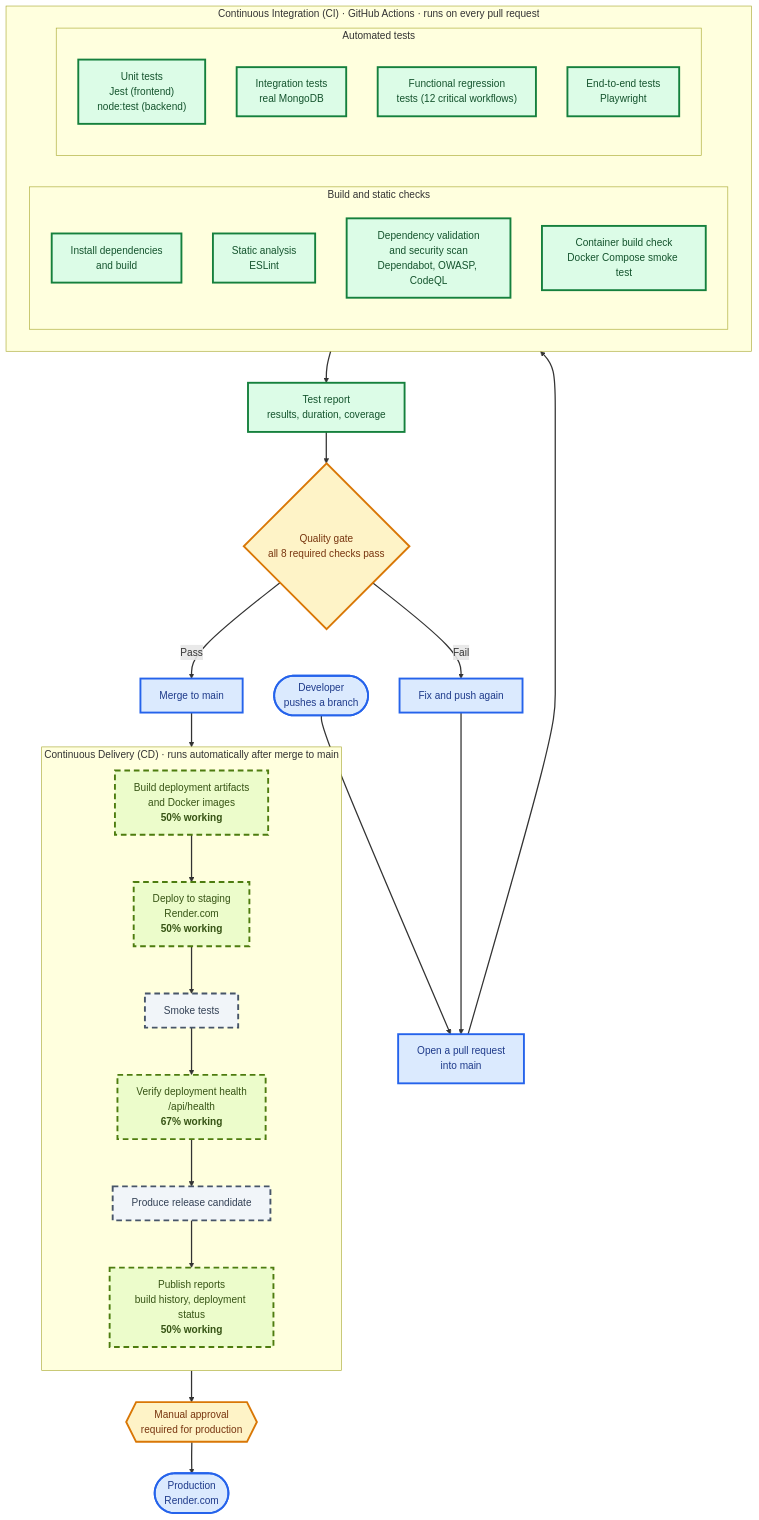
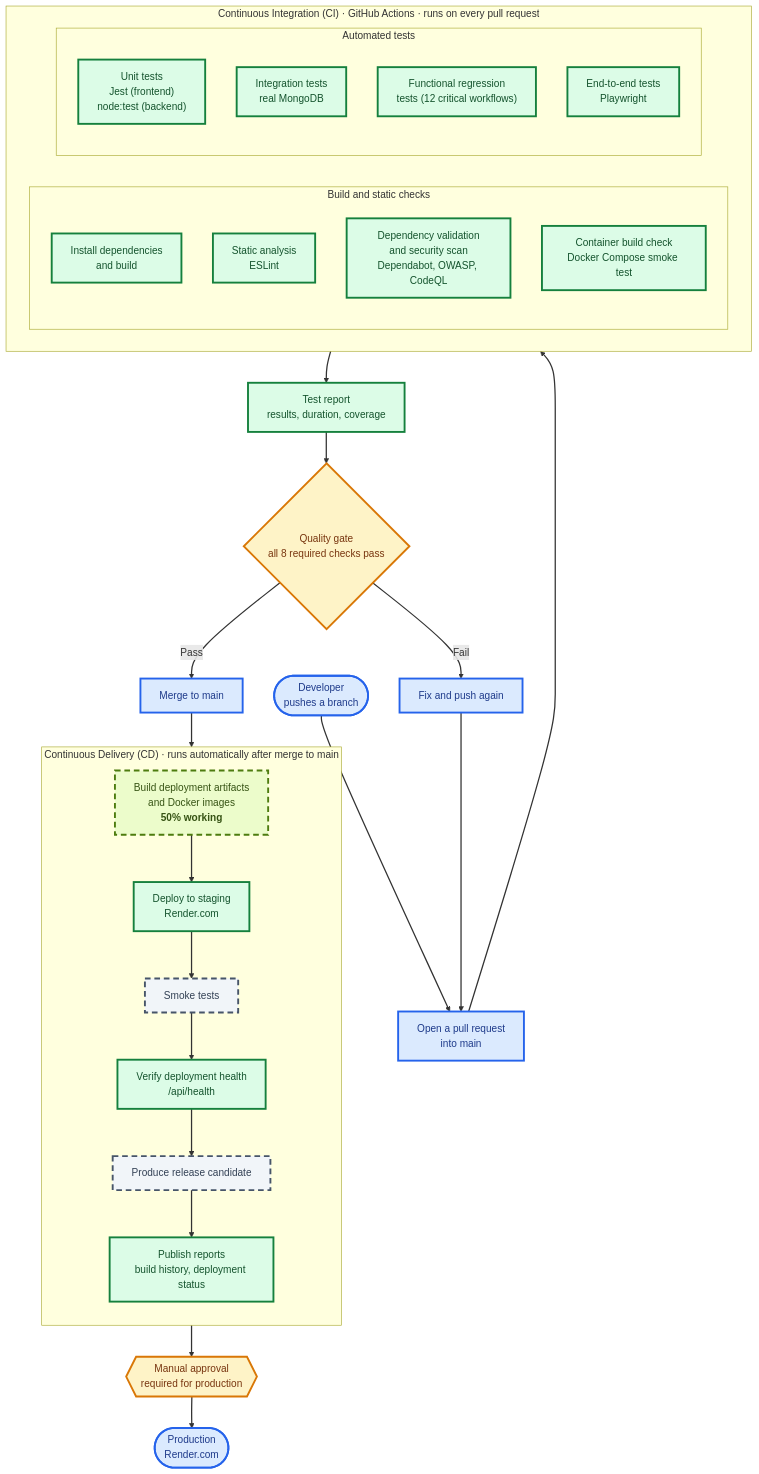
The first of 4 diagrams in README.md (IT7993-FALL-2026-PEERS/ProjectPeerEvaluation), drawn with Mermaid before and after one commit. The commit also changed other lines of this file and 6 other files, not shown here.

````diff
--- a/README.md
+++ b/README.md
@@ -60,57 +65,57 @@
 ```mermaid
 flowchart TB
     DEV(["Developer<br/>pushes a branch"]) --> PR["Open a pull request<br/>into main"]
 
     subgraph CI["Continuous Integration (CI) · GitHub Actions · runs on every pull request"]
         direction LR
         subgraph STATIC["Build and static checks"]
             direction TB
             BUILD_APP["Install dependencies<br/>and build"]
             LINT["Static analysis<br/>ESLint"]
             SEC["Dependency validation<br/>and security scan<br/>Dependabot, OWASP, CodeQL"]
             DOCKER["Container build check<br/>Docker Compose smoke test"]
         end
         subgraph TESTS["Automated tests"]
             direction TB
             UNIT["Unit tests<br/>Jest (frontend)<br/>node:test (backend)"]
             INTEG["Integration tests<br/>real MongoDB"]
             REG["Functional regression<br/>tests (12 critical workflows)"]
             E2E["End-to-end tests<br/>Playwright"]
         end
     end
 
     PR --> CI
     CI --> REPORT["Test report<br/>results, duration, coverage"]
     REPORT --> GATE{"Quality gate<br/>all 8 required checks pass"}
     GATE -- "Fail" --> FIX["Fix and push again"]
     FIX --> PR
     GATE -- "Pass" --> MERGE["Merge to main"]
 
     subgraph CD["Continuous Delivery (CD) · runs automatically after merge to main"]
         direction TB
         ARTIFACTS["Build deployment artifacts<br/>and Docker images<br/><b>50% working</b>"]
-        STG["Deploy to staging<br/>Render.com<br/><b>50% working</b>"]
+        STG["Deploy to staging<br/>Render.com"]
         SMOKE["Smoke tests"]
-        HEALTH["Verify deployment health<br/>/api/health<br/><b>67% working</b>"]
+        HEALTH["Verify deployment health<br/>/api/health"]
         RC["Produce release candidate"]
-        DREPORT["Publish reports<br/>build history, deployment status<br/><b>50% working</b>"]
+        DREPORT["Publish reports<br/>build history, deployment status"]
         ARTIFACTS --> STG --> SMOKE --> HEALTH --> RC --> DREPORT
     end
 
     MERGE --> ARTIFACTS
     DREPORT --> APPROVE{{"Manual approval<br/>required for production"}}
     APPROVE --> PROD(["Production<br/>Render.com"])
 
     classDef done fill:#dcfce7,stroke:#15803d,color:#14532d,stroke-width:3px
     classDef partial fill:#ecfccb,stroke:#4d7c0f,color:#365314,stroke-width:3px,stroke-dasharray: 9 6
     classDef planned fill:#f1f5f9,stroke:#475569,color:#334155,stroke-width:3px,stroke-dasharray: 9 6
     classDef gate fill:#fef3c7,stroke:#d97706,color:#78350f,stroke-width:3px
     classDef endpoint fill:#dbeafe,stroke:#2563eb,color:#1e3a8a,stroke-width:3px
     linkStyle default stroke-width:2px
 
-    class BUILD_APP,LINT,SEC,DOCKER,UNIT,INTEG,REG,E2E,REPORT done
-    class ARTIFACTS,STG,HEALTH,DREPORT partial
+    class BUILD_APP,LINT,SEC,DOCKER,UNIT,INTEG,REG,E2E,REPORT,STG,HEALTH,DREPORT done
+    class ARTIFACTS partial
     class SMOKE,RC planned
     class GATE,APPROVE gate
     class DEV,PROD,PR,MERGE,FIX endpoint
 ```
````
